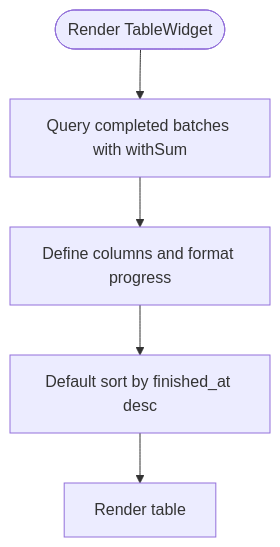
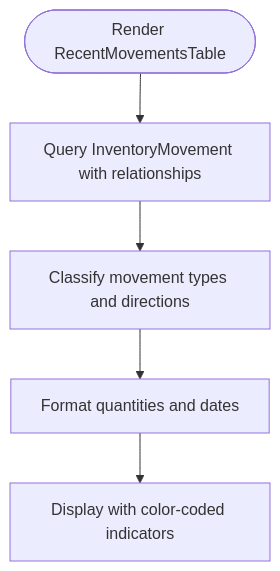
Before and after one commit to Dikksap/laravel_RsvHelmet: the fourth of 7 diagrams in .qoder/repowiki/en/content/Filament Admin Panel/Dashboard Widgets.md, drawn with Mermaid. The commit also changed other lines of this file and 13 other files, not shown here.

````diff
--- a/.qoder/repowiki/en/content/Filament Admin Panel/Dashboard Widgets.md
+++ b/.qoder/repowiki/en/content/Filament Admin Panel/Dashboard Widgets.md
@@ -266,7 +182,7 @@
 ```mermaid
 flowchart TD
-Start(["Render TableWidget"]) --> Query["Query completed batches with withSum"]
-Query --> Columns["Define columns and format progress"]
-Columns --> Sort["Default sort by finished_at desc"]
-Sort --> Render["Render table"]
+Start(["Render RecentMovementsTable"]) --> Query["Query InventoryMovement with relationships"]
+Query --> Classify["Classify movement types and directions"]
+Classify --> Format["Format quantities and dates"]
+Format --> Display["Display with color-coded indicators"]
 ```
````
